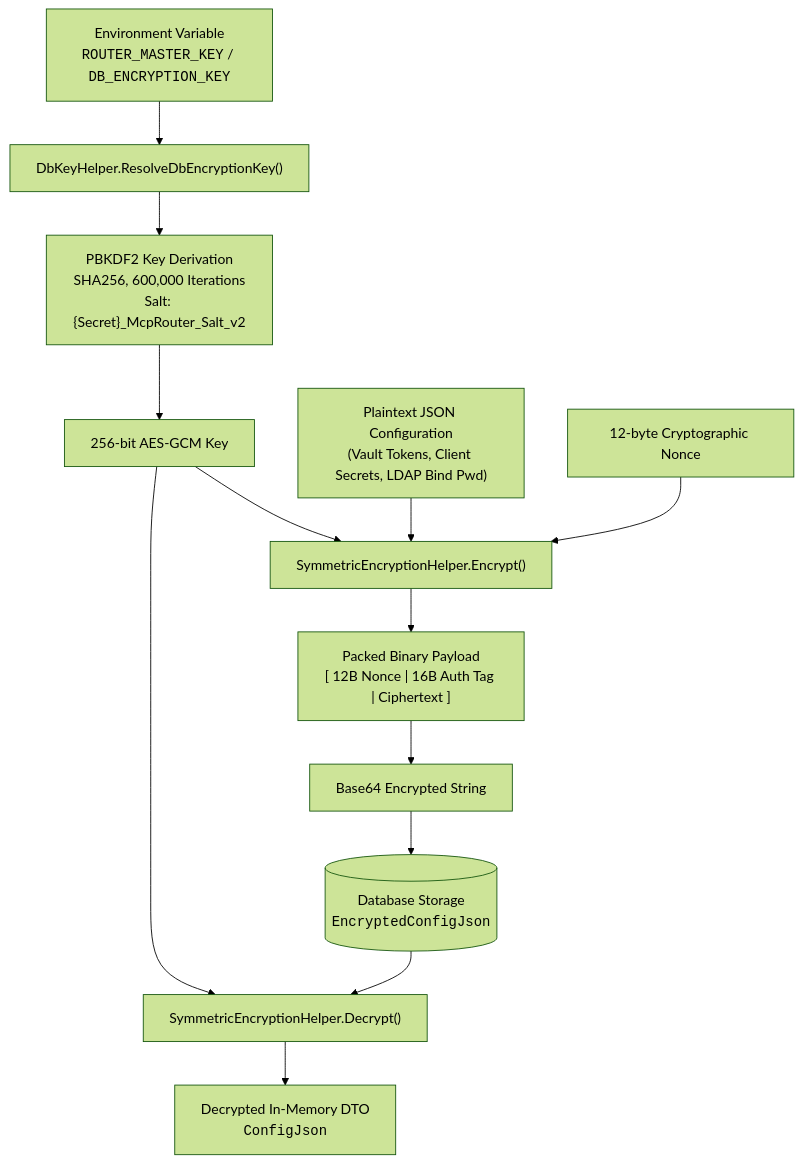
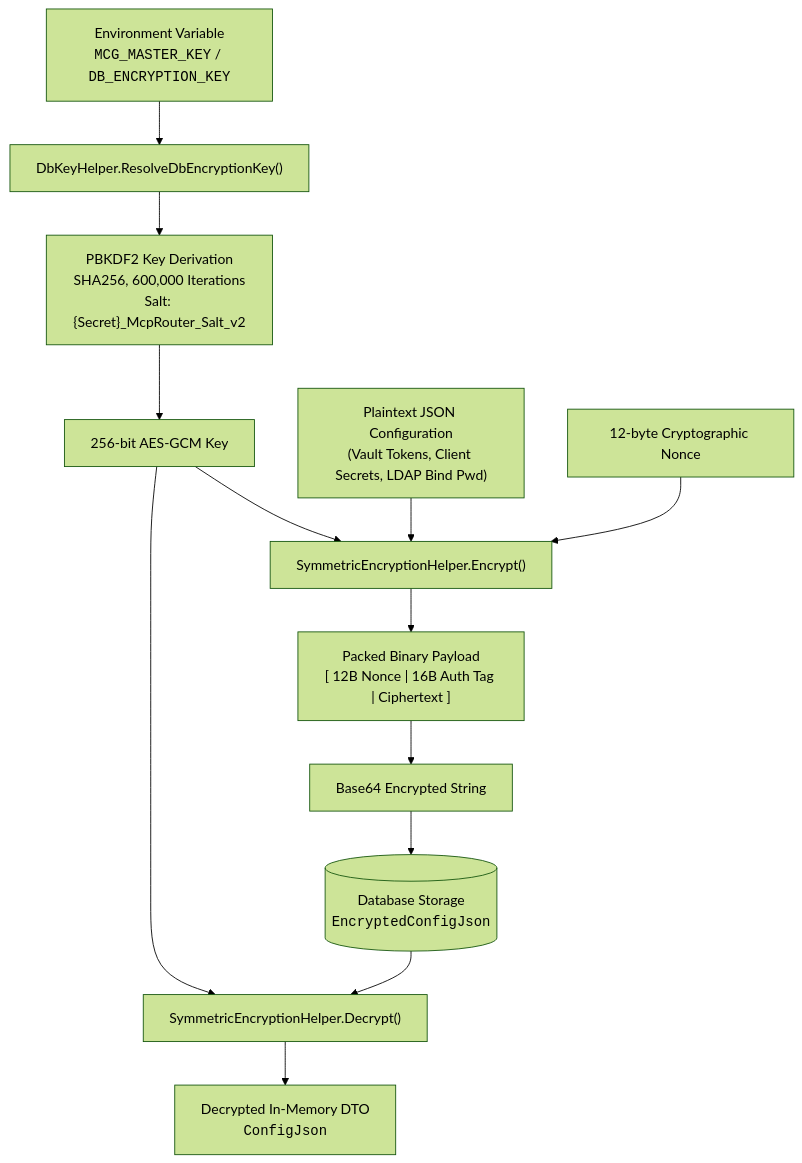
Before and after one commit to spelech/CSharp-MCP-Router: the second of 3 diagrams in docs/database-providers.md, drawn with Mermaid (forest theme). The commit also changed other lines of this file and 49 other files, not shown here.

Commit message:
refactor(config): remove legacy ROUTER_* fallbacks for clean v5.0.0 MCG_* cutover

````diff
--- a/docs/database-providers.md
+++ b/docs/database-providers.md
@@ -347,18 +347,18 @@
 ```mermaid
 flowchart TD
-    ConfigEnv["Environment Variable<br><code>ROUTER_MASTER_KEY</code> / <code>DB_ENCRYPTION_KEY</code>"] --> DbKeyHelper["DbKeyHelper.ResolveDbEncryptionKey()"]
+    ConfigEnv["Environment Variable<br><code>MCG_MASTER_KEY</code> / <code>DB_ENCRYPTION_KEY</code>"] --> DbKeyHelper["DbKeyHelper.ResolveDbEncryptionKey()"]
     DbKeyHelper --> PBKDF2["PBKDF2 Key Derivation<br>SHA256, 600,000 Iterations<br>Salt: {Secret}_McpRouter_Salt_v2"]
     PBKDF2 --> DerivedKey["256-bit AES-GCM Key"]
     
     PlainText["Plaintext JSON Configuration<br>(Vault Tokens, Client Secrets, LDAP Bind Pwd)"] --> Encrypt["SymmetricEncryptionHelper.Encrypt()"]
     DerivedKey --> Encrypt
     Nonce["12-byte Cryptographic Nonce"] --> Encrypt
     
     Encrypt --> Packed["Packed Binary Payload<br>[ 12B Nonce | 16B Auth Tag | Ciphertext ]"]
     Packed --> Base64["Base64 Encrypted String"]
     Base64 --> DB[("Database Storage<br><code>EncryptedConfigJson</code>")]
     
     DB --> Decrypt["SymmetricEncryptionHelper.Decrypt()"]
     DerivedKey --> Decrypt
     Decrypt --> PlainTextOut["Decrypted In-Memory DTO<br><code>ConfigJson</code>"]
 ```
````
